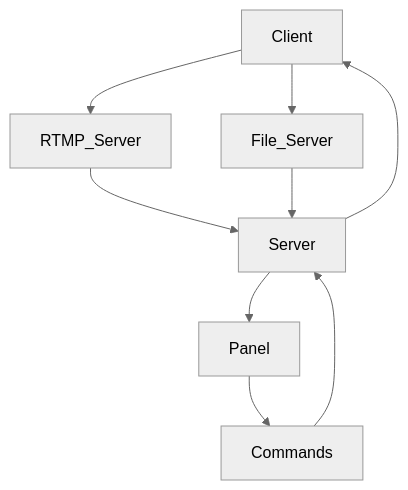
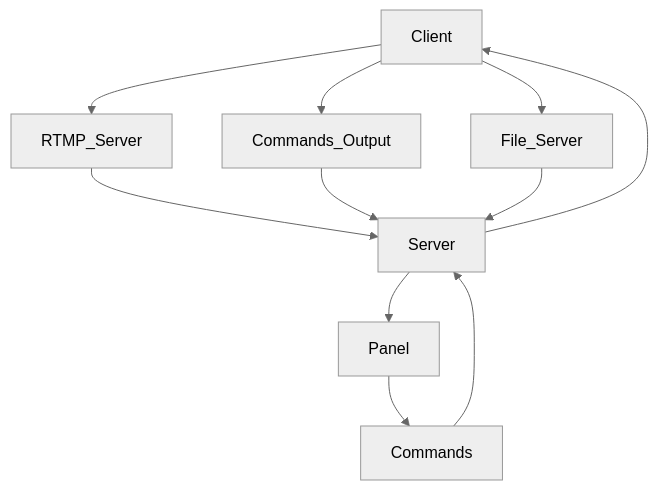
One commit to RDLxxx/Nyx changed the diagram in README.md. Above: the diagram before and after it, drawn with Mermaid (neutral theme).

Commit message:
NYX README 29.12.2025

````diff
--- a/README.md
+++ b/README.md
@@ -19,11 +19,13 @@
 ```mermaid
 graph TD;
     Client-->RTMP_Server;
     Client-->File_Server;
+    Client-->Commands_Output;
     RTMP_Server-->Server;
+    Commands_Output-->Server;
     File_Server-->Server;
     Server-->Panel;
     Panel-->Commands;
     Commands-->Server
     Server-->Client
 ```
````
